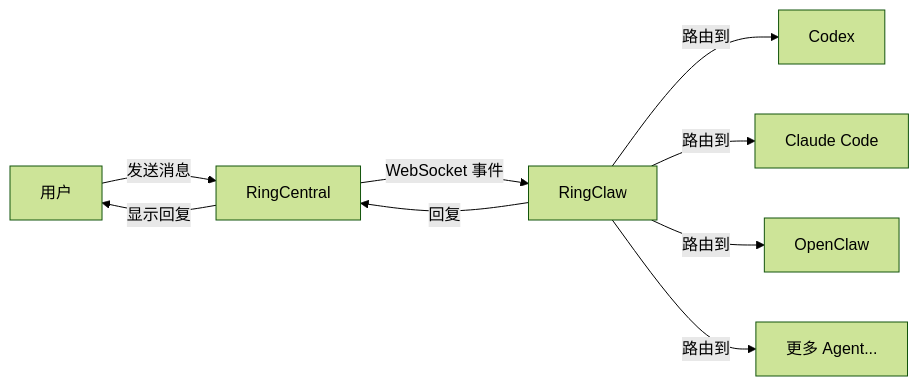
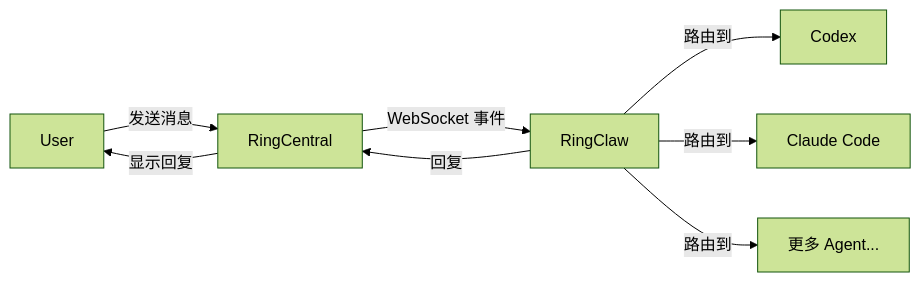
The diagram in README_CN.md (ringclaw/ringclaw), drawn with Mermaid (forest theme) before and after one commit. The commit also changed other lines of this file and 36 other files, not shown here.

````diff
--- a/README_CN.md
+++ b/README_CN.md
@@ -115,11 +41,10 @@
 ```mermaid
 graph LR
-    User[用户] -->|发送消息| RC[RingCentral]
+    User -->|发送消息| RC[RingCentral]
     RC -->|WebSocket 事件| RingClaw
     RingClaw -->|路由到| Codex
     RingClaw -->|路由到| Claude[Claude Code]
-    RingClaw -->|路由到| OpenClaw
     RingClaw -->|路由到| More[更多 Agent...]
     RingClaw -->|回复| RC
     RC -->|显示回复| User
 ```
````
